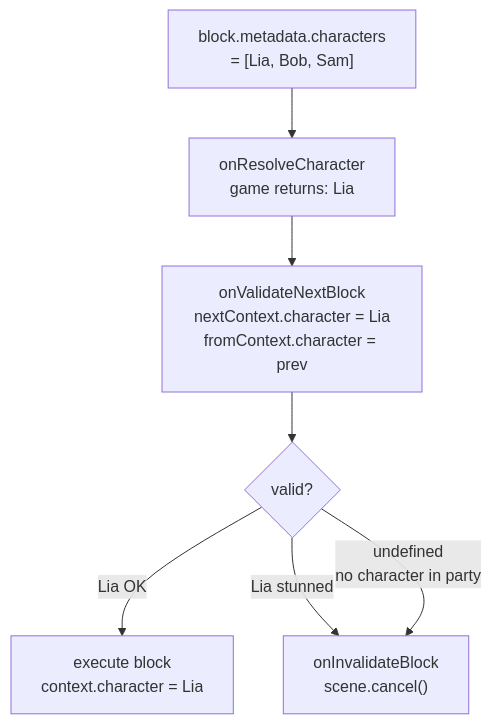
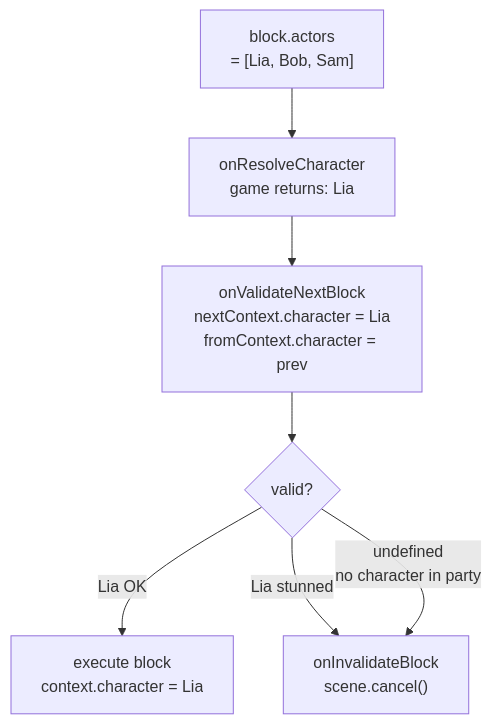
One commit to jonlepage/LS-Dialog-Editor-Engine changed the second of 2 diagrams in lsde-ts/docs/fr/guide/lifecycle.md. Above: the diagram before and after it, drawn with Mermaid. The commit also changed 174 other files, not shown here.

````diff
--- a/lsde-ts/docs/fr/guide/lifecycle.md
+++ b/lsde-ts/docs/fr/guide/lifecycle.md
@@ -98,9 +98,9 @@
 ```mermaid
 flowchart TD
-    A["block.metadata.characters\n= [Lia, Bob, Sam]"] --> B["onResolveCharacter\ngame returns: Lia"]
+    A["block.actors\n= [Lia, Bob, Sam]"] --> B["onResolveCharacter\ngame returns: Lia"]
     B --> C["onValidateNextBlock\nnextContext.character = Lia\nfromContext.character = prev"]
     C --> D{valid?}
     D -- "Lia OK" --> E["execute block\ncontext.character = Lia"]
     D -- "Lia stunned" --> F["onInvalidateBlock\nscene.cancel()"]
     D -- "undefined\nno character in party" --> F
 ```
````
